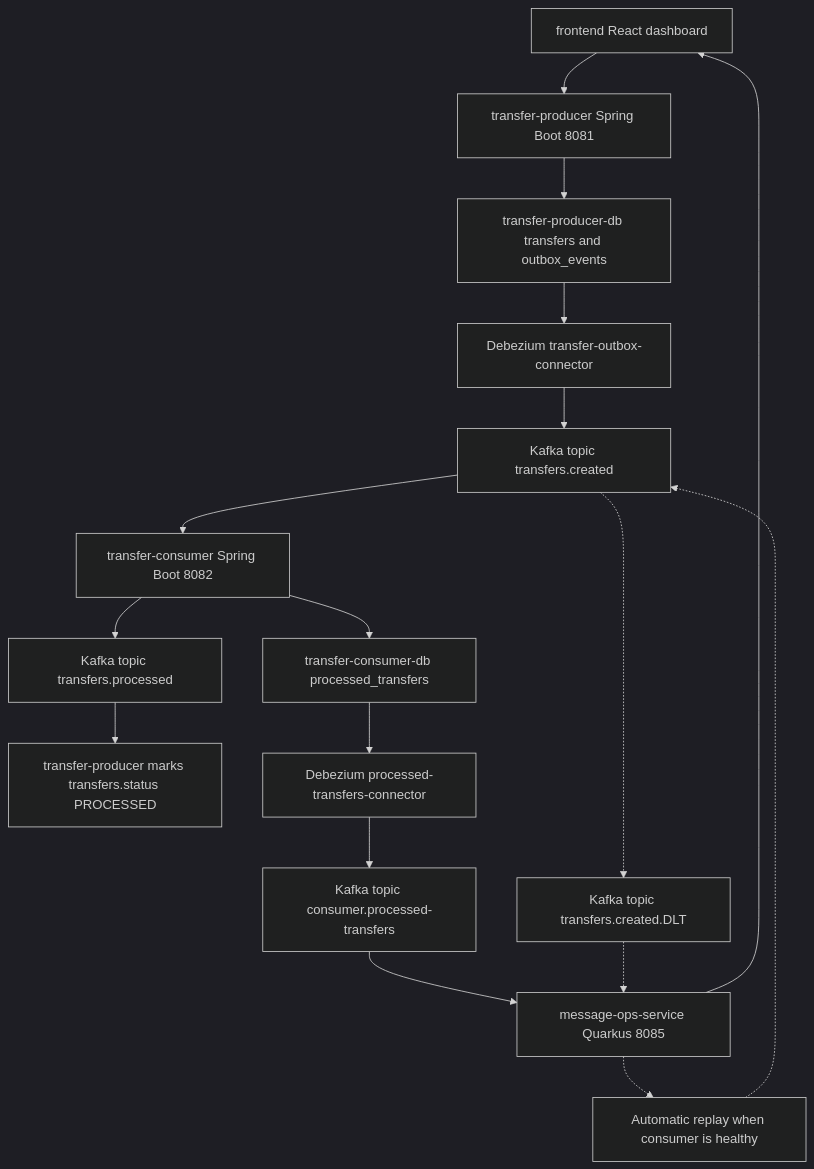
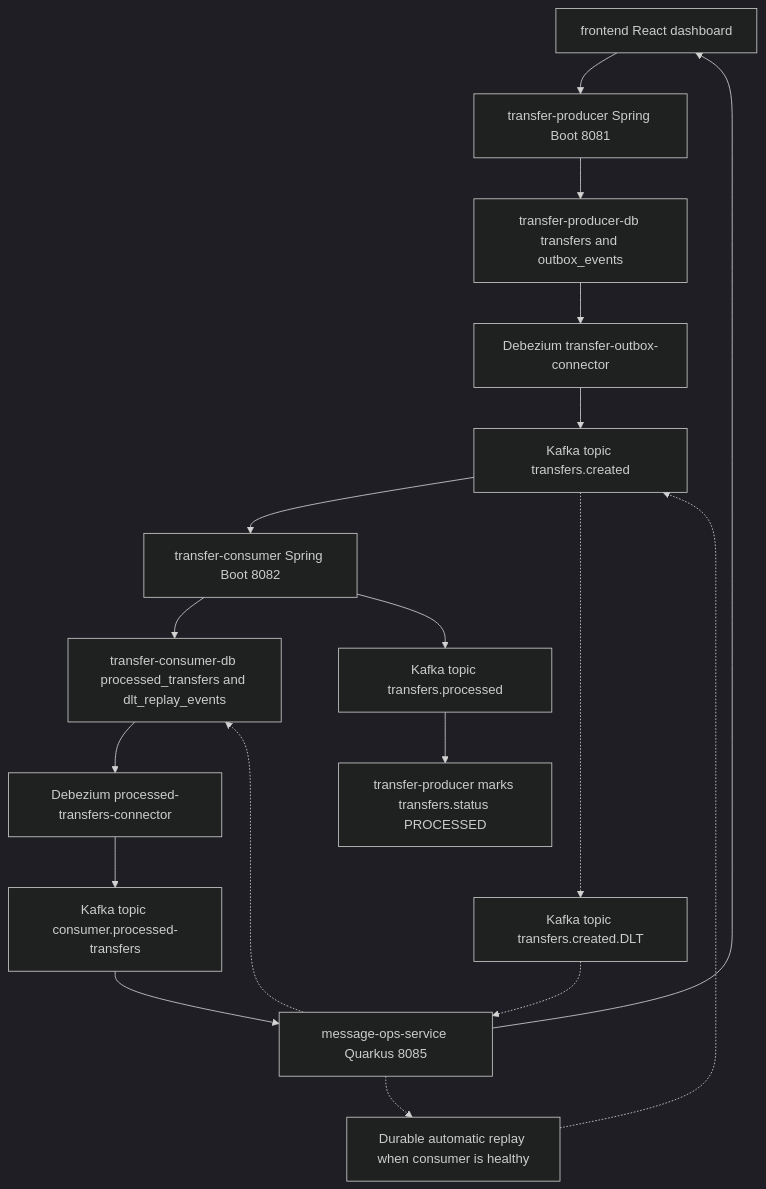
One commit to aleoterob/zero-message-loss changed the diagram in README.md. Above: the diagram before and after it, drawn with Mermaid (dark theme). The commit also changed other lines of this file and 10 other files, not shown here.

Commit message:
feat(message-ops): persist DLT replay state

````diff
--- a/README.md
+++ b/README.md
@@ -11,35 +11,36 @@
 ```mermaid
 graph TD;
     frontend[frontend React dashboard];
     producer[transfer-producer Spring Boot 8081];
     producerDb[transfer-producer-db transfers and outbox_events];
     outboxConnector[Debezium transfer-outbox-connector];
     createdTopic[Kafka topic transfers.created];
     consumer[transfer-consumer Spring Boot 8082];
-    consumerDb[transfer-consumer-db processed_transfers];
+    consumerDb[transfer-consumer-db processed_transfers and dlt_replay_events];
     processedTopic[Kafka topic transfers.processed];
     producerStatus[transfer-producer marks transfers.status PROCESSED];
     processedConnector[Debezium processed-transfers-connector];
     processedChangesTopic[Kafka topic consumer.processed-transfers];
     messageOps[message-ops-service Quarkus 8085];
     dltTopic[Kafka topic transfers.created.DLT];
-    replay[Automatic replay when consumer is healthy];
+    replay[Durable automatic replay when consumer is healthy];
 
     frontend --> producer;
     producer --> producerDb;
     producerDb --> outboxConnector;
     outboxConnector --> createdTopic;
     createdTopic --> consumer;
     consumer --> consumerDb;
     consumer --> processedTopic;
     processedTopic --> producerStatus;
     consumerDb --> processedConnector;
     processedConnector --> processedChangesTopic;
     processedChangesTopic --> messageOps;
     messageOps --> frontend;
 
     createdTopic -.-> dltTopic;
     dltTopic -.-> messageOps;
+    messageOps -.-> consumerDb;
     messageOps -.-> replay;
     replay -.-> createdTopic;
 ```
````
